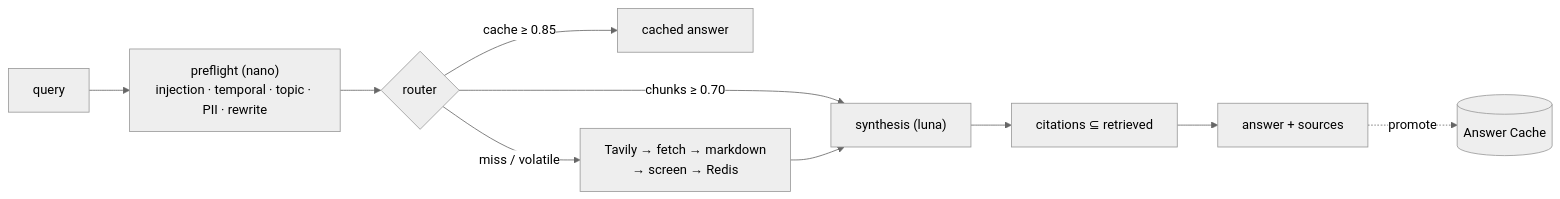
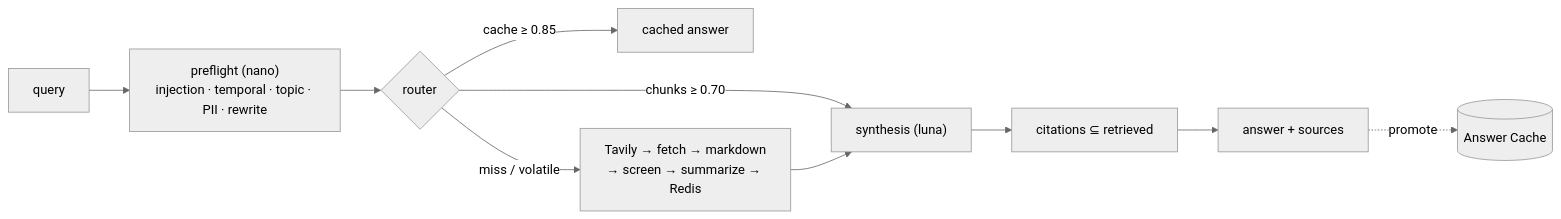
The diagram in README.md (vadjs/memory-first-agent), drawn with Mermaid (neutral theme) before and after one commit. The commit also changed other lines of this file and 10 other files, not shown here.

````diff
--- a/README.md
+++ b/README.md
@@ -57,11 +57,11 @@
 ```mermaid
 flowchart LR
     Q[query] --> PRE["preflight (nano)\ninjection · temporal · topic · PII · rewrite"]
     PRE --> R{router}
     R -->|"cache ≥ 0.85"| A1[cached answer]
     R -->|"chunks ≥ 0.70"| SYN["synthesis (luna)"]
-    R -->|miss / volatile| W["Tavily → fetch → markdown\n→ screen → Redis"]
+    R -->|miss / volatile| W["Tavily → fetch → markdown\n→ screen → summarize → Redis"]
     W --> SYN
     SYN --> V["citations ⊆ retrieved"] --> A2[answer + sources]
     A2 -.promote.-> M[(Answer Cache)]
 ```
````
